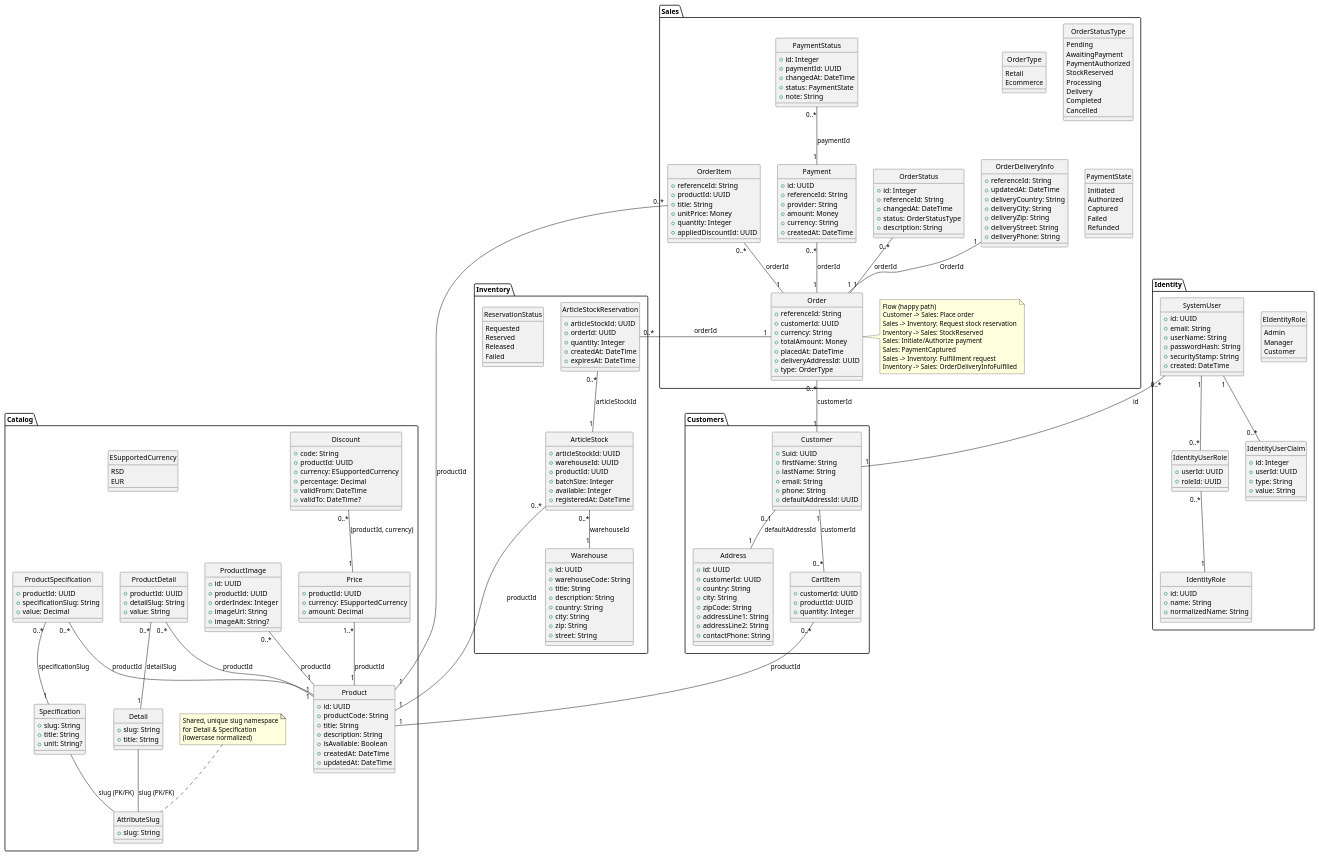
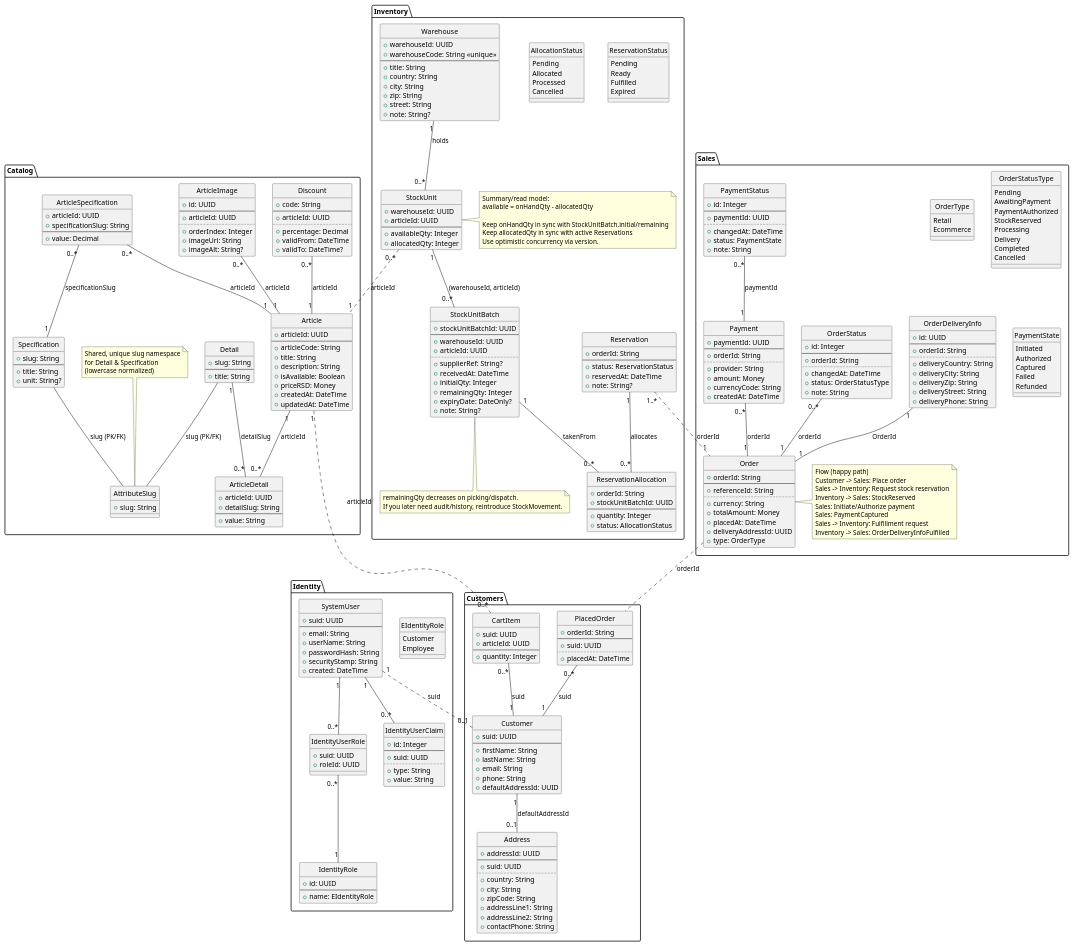
The diagram in docs/Matterway HLD: Class Diagram - Platform Overview.puml (draganovik/matterway), drawn with PlantUML before and after one commit.

Commit message:
Refactor and expand platform class diagram
Updated the class diagram to rename and restructure key entities (e.g., Product to Article, CustomerId to suid), added new classes and relationships for inventory and sales, and improved attribute naming consistency. Enhanced modeling of inventory (StockUnit, StockUnitBatch, Reservation, ReservationAllocation), clarified relationships between modules, and removed deprecated classes and associations. This provides a more accurate and maintainable high-level design for the platform.

```diff
--- a/docs/Matterway HLD: Class Diagram - Platform Overview.puml
+++ b/docs/Matterway HLD: Class Diagram - Platform Overview.puml
@@ -8,13 +8,13 @@
 
 package "Identity" {
   enum EIdentityRole {
-    Admin
-    Manager
     Customer
+    Employee
   }
 
   class SystemUser {
-    +id: UUID
+    +suid: UUID
+    --
     +email: String
     +userName: String
     +passwordHash: String
@@ -24,62 +24,62 @@
 
   class IdentityRole {
     +id: UUID
-    +name: String
-    +normalizedName: String
+    --
+    +name: EIdentityRole
   }
 
   class IdentityUserRole {
-    +userId: UUID
+    +suid: UUID
     +roleId: UUID
   }
 
   class IdentityUserClaim {
     +id: Integer
-    +userId: UUID
+    --
+    +suid: UUID
+    ..
     +type: String
     +value: String
   }
+
+  SystemUser "1" -- "0..*" IdentityUserClaim
+  SystemUser "1" -- "0..*" IdentityUserRole
+  IdentityUserRole "0..*" -- "1" IdentityRole
 }
 
 package "Catalog" {
   class Discount {
     +code: String
-    +productId: UUID
-    +currency: ESupportedCurrency
+    --
+    +articleId: UUID
+    ..
     +percentage: Decimal
     +validFrom: DateTime
     +validTo: DateTime?
   }
 
-  class Price {
-    +productId: UUID
-    +currency: ESupportedCurrency
-    +amount: Decimal
-  }
-
-  enum ESupportedCurrency {
-    RSD
-    EUR
-  }
-
-  class Product {
-    +id: UUID
-    +productCode: String
+  class Article {
+    +articleId: UUID
+    --
+    +articleCode: String
     +title: String
     +description: String
     +isAvailable: Boolean
+    +priceRSD: Money
     +createdAt: DateTime
     +updatedAt: DateTime
   }
 
-  class ProductDetail {
-    +productId: UUID
+  class ArticleDetail {
+    +articleId: UUID
     +detailSlug: String
+    --
     +value: String
   }
 
   class Detail {
     +slug: String
+    --
     +title: String
   }
 
@@ -93,31 +93,46 @@
   (lowercase normalized)
   end note
 
-  class ProductSpecification {
-    +productId: UUID
+  class ArticleSpecification {
+    +articleId: UUID
     +specificationSlug: String
+    --
     +value: Decimal
   }
 
   class Specification {
     +slug: String
+    --
     +title: String
     +unit: String?
   }
 
-  class ProductImage {
+  class ArticleImage {
     +id: UUID
-    +productId: UUID
+    --
+    +articleId: UUID
+    ..
     +orderIndex: Integer
     +imageUrl: String
     +imageAlt: String?
   }
+
+  Discount "0..*" -- "1" Article : articleId
+  ArticleDetail "0..*" -up- "1" Article : articleId
+  ArticleDetail "0..*" -up- "1" Detail : detailSlug
+  ArticleSpecification "0..*" -- "1" Article : articleId
+  ArticleSpecification "0..*" -- "1" Specification : specificationSlug
+  ArticleImage "0..*" -- "1" Article : articleId
+  Detail -- AttributeSlug : slug (PK/FK)
+  Specification -- AttributeSlug : slug (PK/FK)
 }
 
 package "Customers" {
   class Address {
-    +id: UUID
-    +customerId: UUID
+    +addressId: UUID
+    --
+    +suid: UUID
+    ..
     +country: String
     +city: String
     +zipCode: String
@@ -127,7 +142,8 @@
   }
 
   class Customer {
-    +Suid: UUID
+    +suid: UUID
+    --
     +firstName: String
     +lastName: String
     +email: String
@@ -136,18 +152,32 @@
   }
 
   class CartItem {
-    +customerId: UUID
-    +productId: UUID
+    +suid: UUID
+    +articleId: UUID
+    --
     +quantity: Integer
   }
 
+  class PlacedOrder {
+    +orderId: String
+    --
+    +suid: UUID
+    ..
+    +placedAt: DateTime
+  }
+
+  PlacedOrder "0..*" -- "1" Customer : suid
+  Customer "1" -- "0..1" Address : defaultAddressId
+  CartItem "0..*" -- "1" Customer : suid
 }
 
 package "Sales" {
 
   class OrderDeliveryInfo {
-    +referenceId: String
-    +updatedAt: DateTime
+    +id: UUID
+    --
+    +orderId: String
+    ..
     +deliveryCountry: String
     +deliveryCity: String
     +deliveryZip: String
@@ -155,8 +185,10 @@
     +deliveryPhone: String
   }
   class Order {
+    +orderId: String
+    --
     +referenceId: String
-    +customerId: UUID
+    ..
     +currency: String
     +totalAmount: Money
     +placedAt: DateTime
@@ -180,15 +212,6 @@
     Ecommerce
   }
 
-  class OrderItem {
-    +referenceId: String
-    +productId: UUID
-    +title: String
-    +unitPrice: Money
-    +quantity: Integer
-    +appliedDiscountId: UUID
-  }
-
   enum OrderStatusType {
     Pending
     AwaitingPayment
@@ -202,24 +225,30 @@
 
   class OrderStatus {
     +id: Integer
-    +referenceId: String
+    --
+    +orderId: String
+    ..
     +changedAt: DateTime
     +status: OrderStatusType
-    +description: String
+    +note: String
   }
 
   class Payment {
-    +id: UUID
-    +referenceId: String
+    +paymentId: UUID
+    --
+    +orderId: String
+    ..
     +provider: String
     +amount: Money
-    +currency: String
+    +currencyCode: String
     +createdAt: DateTime
   }
 
   class PaymentStatus {
     +id: Integer
+    --
     +paymentId: UUID
+    ..
     +changedAt: DateTime
     +status: PaymentState
     +note: String
@@ -232,43 +261,106 @@
     Failed
     Refunded
   }
+
+  OrderStatus "0..*" -- "1" Order : orderId
+  OrderDeliveryInfo "1" -- "1" Order : OrderId
+  Payment "0..*" -- "1" Order : orderId
+  PaymentStatus "0..*" -- "1" Payment : paymentId
 }
 
 package "Inventory" {
+
+  enum ReservationStatus {
+    Pending
+    Ready
+    Fulfilled
+    Expired
+  }
+
+  enum AllocationStatus {
+    Pending
+    Allocated
+    Processed
+    Cancelled
+  }
+
   class Warehouse {
-    +id: UUID
-    +warehouseCode: String
+    +warehouseId: UUID
+    +warehouseCode: String <<unique>>
+    --
     +title: String
-    +description: String
     +country: String
     +city: String
     +zip: String
     +street: String
+    +note: String?
   }
 
-  class ArticleStock {
-    +articleStockId: UUID
+  ' Summary per (warehouseId, articleId).
+  ' available = onHandQty - allocatedQty
+  class StockUnit {
     +warehouseId: UUID
-    +productId: UUID
-    +batchSize: Integer
-    +available: Integer
-    +registeredAt: DateTime
+    +articleId: UUID
+    --
+    +availableQty: Integer
+    +allocatedQty: Integer
   }
 
-  enum ReservationStatus {
-    Requested
-    Reserved
-    Released
-    Failed
+  note right of StockUnit
+    Summary/read model:
+    available = onHandQty - allocatedQty
+
+    Keep onHandQty in sync with StockUnitBatch.initial/remaining
+    Keep allocatedQty in sync with active Reservations
+    Use optimistic concurrency via version.
+  end note
+
+  ' What warehouse workers add when receiving goods
+  class StockUnitBatch {
+    +stockUnitBatchId: UUID
+    --
+    +warehouseId: UUID
+    +articleId: UUID
+    ..
+    +supplierRef: String?
+    +receivedAt: DateTime
+    +initialQty: Integer
+    +remainingQty: Integer
+    +expiryDate: DateOnly?
+    +note: String?
   }
 
-  class ArticleStockReservation {
-    +articleStockId: UUID
-    +orderId: UUID
+  note bottom of StockUnitBatch
+    remainingQty decreases on picking/dispatch.
+    If you later need audit/history, reintroduce StockMovement.
+  end note
+
+  ' Business promise: reserve quantity for an order line
+  class Reservation {
+    +orderId: String
+    --
+    +status: ReservationStatus
+    +reservedAt: DateTime
+    +note: String?
+  }
+
+  ' Physical planning: which batches satisfy the reservation (FIFO/FEFO)
+  class ReservationAllocation {
+    +orderId: String
+    +stockUnitBatchId: UUID
+    --
     +quantity: Integer
-    +createdAt: DateTime
-    +expiresAt: DateTime
+    +status: AllocationStatus
   }
+
+  ' Relationships
+  Warehouse "1" -- "0..*" StockUnit : holds
+
+  ' Conceptual link: batches + reservations roll up into StockUnit
+  StockUnit "1" -- "0..*" StockUnitBatch : (warehouseId, articleId)
+
+  Reservation "1" -- "0..*" ReservationAllocation : allocates
+  StockUnitBatch "1" -- "0..*" ReservationAllocation : takenFrom
 }
 
 ' =======================
@@ -276,39 +368,13 @@
 ' =======================
 
 ' Identity
-SystemUser "0..*" -- "1" Customer : id
-SystemUser "1" -- "0..*" IdentityUserClaim
-SystemUser "1" -- "0..*" IdentityUserRole
-IdentityUserRole "0..*" -- "1" IdentityRole
+SystemUser "1" .. "0..1" Customer : suid
 
 ' Customers
-Customer "0..1" -d- "1" Address : defaultAddressId
-CartItem "0..*" -u- "1" Customer : customerId
-CartItem "0..*" -- "1" Product : productId
-
-' Catalog
-Price "1..*" -- "1" Product : productId
-Discount "0..*" -- "1" Price : (productId, currency)
-ProductDetail "0..*" -- "1" Product : productId
-ProductDetail "0..*" -- "1" Detail : detailSlug
-ProductSpecification "0..*" -- "1" Product : productId
-ProductSpecification "0..*" -- "1" Specification : specificationSlug
-ProductImage "0..*" -- "1" Product : productId
-Detail -- AttributeSlug : slug (PK/FK)
-Specification -- AttributeSlug : slug (PK/FK)
-
-' Sales
-Order "0..*" -- "1" Customer : customerId
-OrderItem "0..*" -- "1" Order : orderId
-OrderItem "0..*" -- "1" Product : productId
-OrderStatus "0..*" -- "1" Order : orderId
-OrderDeliveryInfo "1" -- "1" Order : OrderId
-Payment "0..*" -- "1" Order : orderId
-PaymentStatus "0..*" -- "1" Payment : paymentId
+CartItem "0..*" .up. "1" Article : articleId
+PlacedOrder .up. Order : orderId
 
 ' Inventory
-ArticleStock "0..*" -- "1" Warehouse : warehouseId
-ArticleStock "0..*" -- "1" Product : productId
-ArticleStockReservation "0..*" -- "1" ArticleStock : articleStockId
-ArticleStockReservation "0..*" -right- "1" Order : orderId
+StockUnit "0..*" .. "1" Article : articleId
+Reservation "1..*" .. "1" Order : orderId
 @enduml
```
